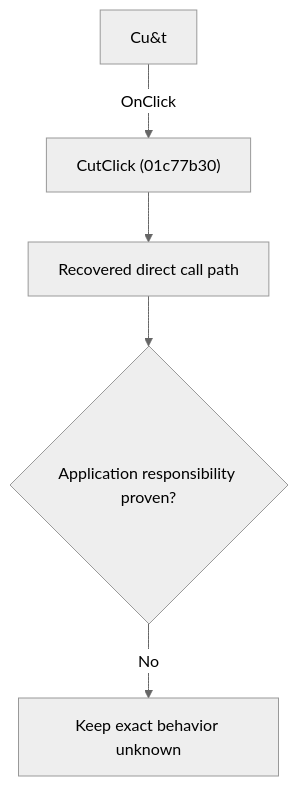
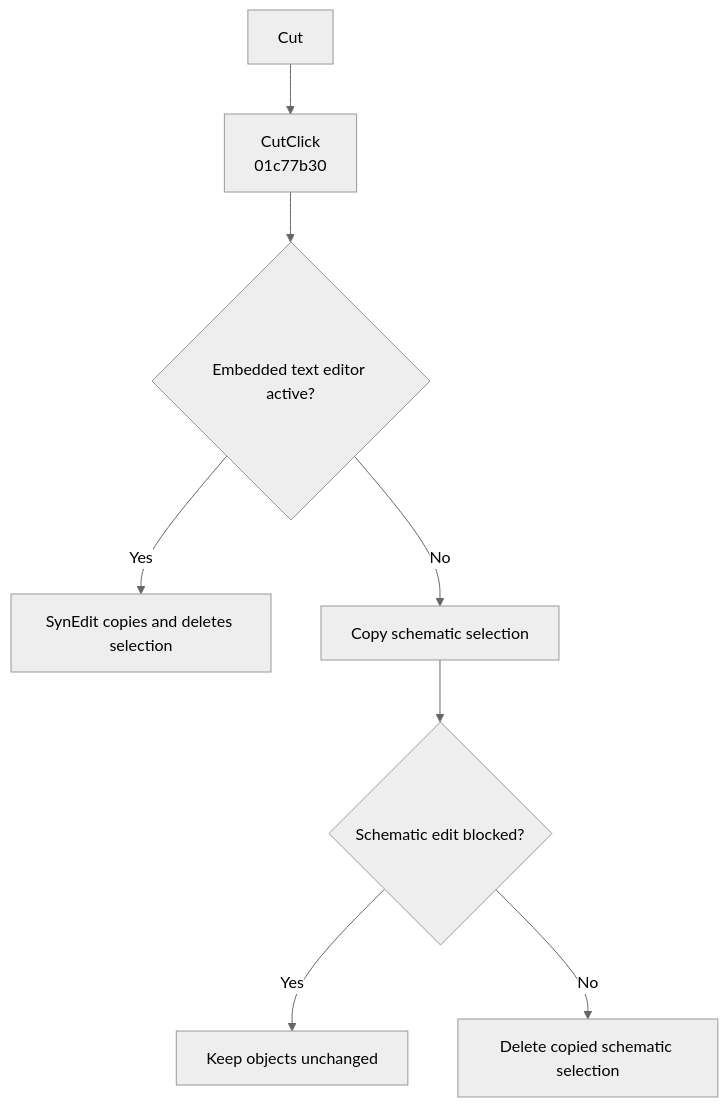
The diagram in docs/ui-controls/schematiceditor/cut-0db877045a.md (MovGP0/TIARA), drawn with Mermaid (neutral theme) before and after one commit. The commit also changed other lines of this file and 241 other files, not shown here.

````diff
--- a/docs/ui-controls/schematiceditor/cut-0db877045a.md
+++ b/docs/ui-controls/schematiceditor/cut-0db877045a.md
@@ -27,7 +27,10 @@
 ```mermaid
 flowchart TD
-    control["Cu&t"] -->|"OnClick"| handler["CutClick (01c77b30)"]
-    handler --> recovered["Recovered direct call path"]
-    recovered --> gap{"Application responsibility proven?"}
-    gap -->|"No"| blocked["Keep exact behavior unknown"]
+    control["Cut"] --> handler["CutClick<br/>01c77b30"]
+    handler --> target{"Embedded text editor active?"}
+    target -->|"Yes"| synEdit["SynEdit copies and deletes selection"]
+    target -->|"No"| copy["Copy schematic selection"]
+    copy --> guard{"Schematic edit blocked?"}
+    guard -->|"Yes"| keep["Keep objects unchanged"]
+    guard -->|"No"| remove["Delete copied schematic selection"]
 ```
````
